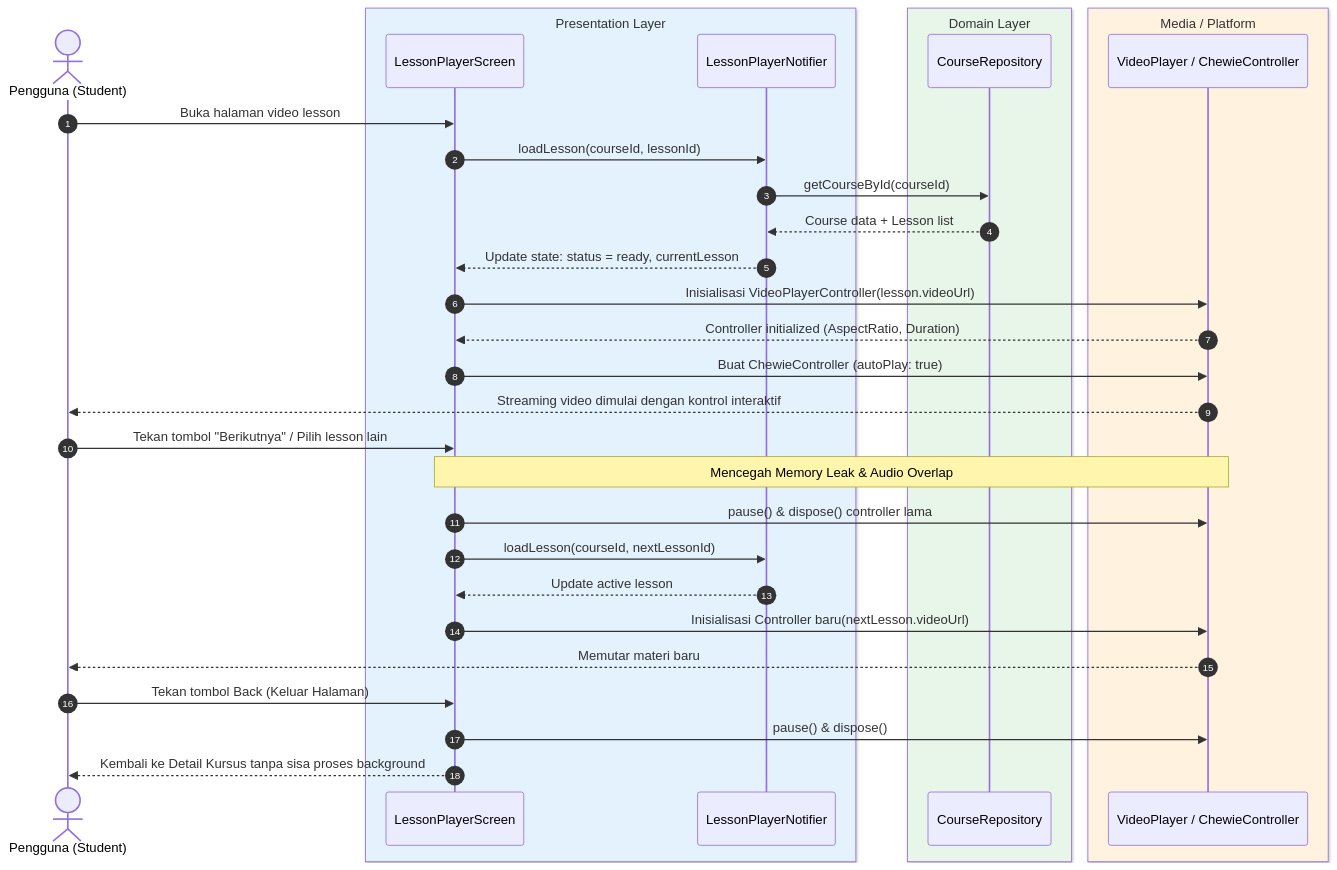
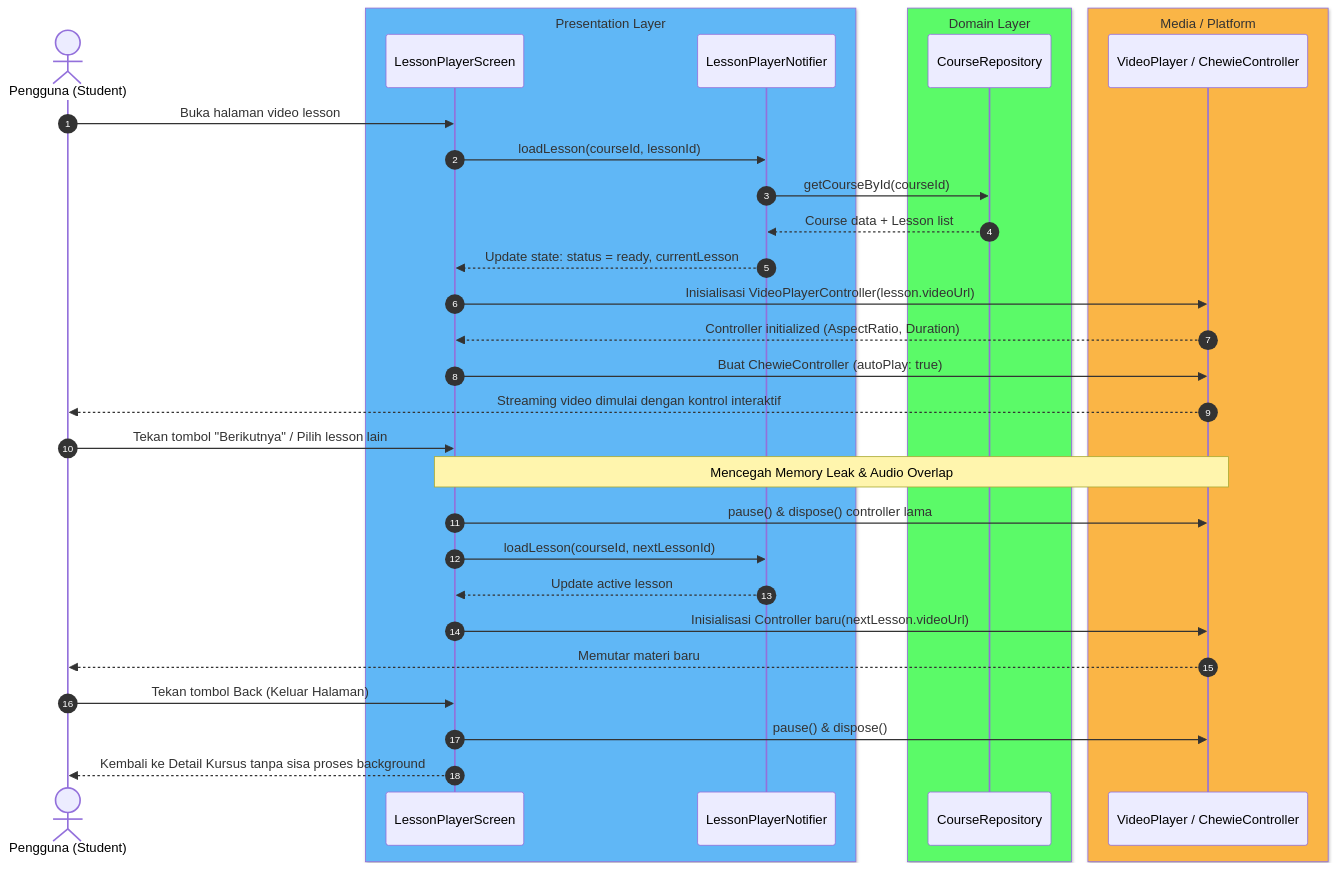
The fourth of 4 diagrams in docs/system_design.md (yonayohana06/course_app), drawn with Mermaid before and after one commit.

Commit message:
fix(docs): update color scheme for sequence diagram layers in system design documentation

````diff
--- a/docs/system_design.md
+++ b/docs/system_design.md
@@ -129,41 +129,41 @@
 ```mermaid
 sequenceDiagram
     autonumber
     actor User as Pengguna (Student)
 
-    box rgb(227, 242, 253) Presentation Layer
+    box rgba(96, 183, 246, 1) Presentation Layer
         participant UI as LessonPlayerScreen
         participant Controller as LessonPlayerNotifier
     end
 
-    box rgb(232, 245, 233) Domain Layer
+    box rgba(91, 250, 104, 1) Domain Layer
         participant Repo as CourseRepository
     end
 
-    box rgb(255, 243, 224) Media / Platform
+    box rgba(250, 181, 70, 1) Media / Platform
         participant Player as VideoPlayer / ChewieController
     end
 
     User->>UI: Buka halaman video lesson
     UI->>Controller: loadLesson(courseId, lessonId)
     Controller->>Repo: getCourseById(courseId)
     Repo-->>Controller: Course data + Lesson list
     Controller-->>UI: Update state: status = ready, currentLesson
 
     UI->>Player: Inisialisasi VideoPlayerController(lesson.videoUrl)
     Player-->>UI: Controller initialized (AspectRatio, Duration)
     UI->>Player: Buat ChewieController (autoPlay: true)
     Player-->>User: Streaming video dimulai dengan kontrol interaktif
 
     User->>UI: Tekan tombol "Berikutnya" / Pilih lesson lain
     Note over UI,Player: Mencegah Memory Leak & Audio Overlap
     UI->>Player: pause() & dispose() controller lama
     UI->>Controller: loadLesson(courseId, nextLessonId)
     Controller-->>UI: Update active lesson
     UI->>Player: Inisialisasi Controller baru(nextLesson.videoUrl)
     Player-->>User: Memutar materi baru
 
     User->>UI: Tekan tombol Back (Keluar Halaman)
     UI->>Player: pause() & dispose()
     UI-->>User: Kembali ke Detail Kursus tanpa sisa proses background
 ```
````
